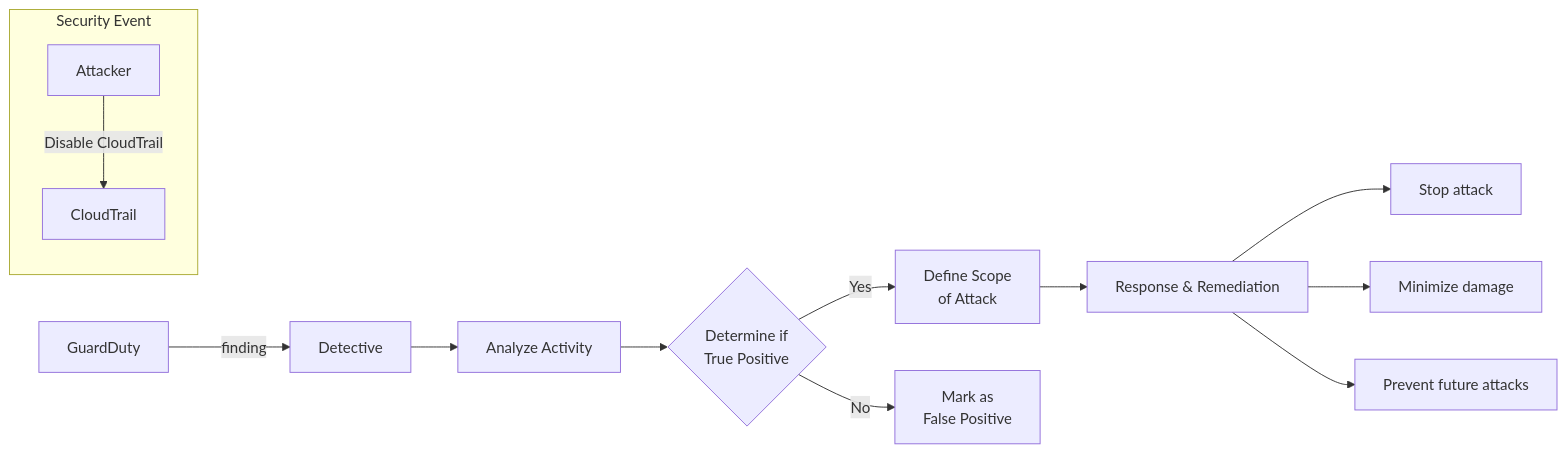
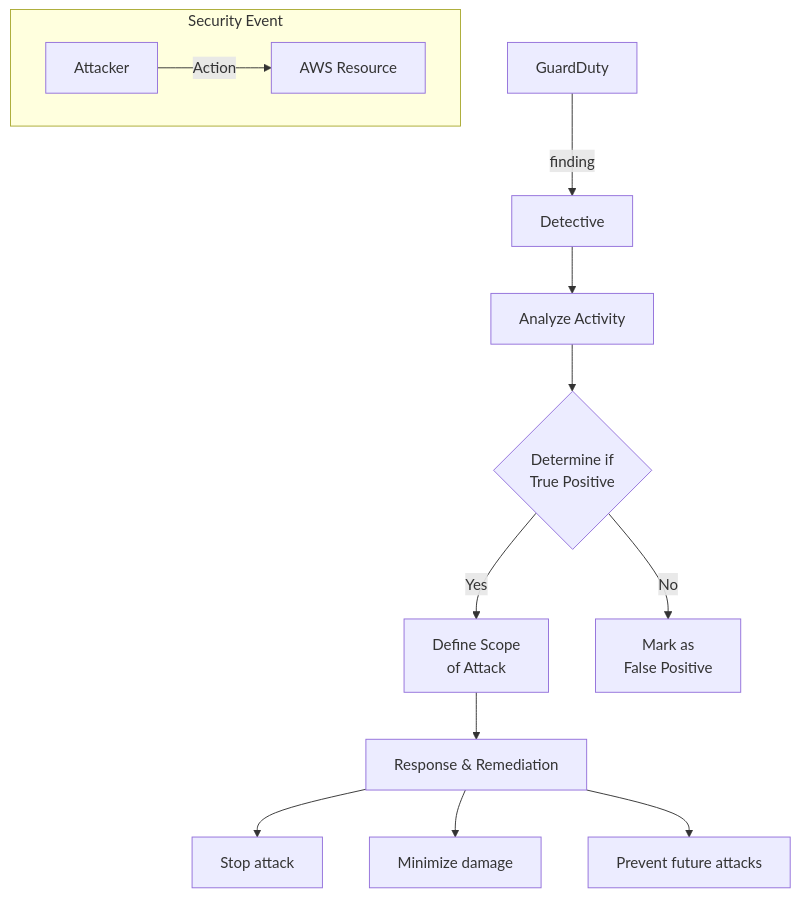
One commit to Root-Shells/aws_scs_udemy changed the third of 3 diagrams in domain_1_detection/detective.md. Above: the diagram before and after it, drawn with Mermaid. The commit also changed other lines of this file and 3 other files, not shown here.

Commit message:
fixed mermaids

````diff
--- a/domain_1_detection/detective.md
+++ b/domain_1_detection/detective.md
@@ -123,21 +71,21 @@
 ```mermaid
-flowchart LR
-    subgraph Attack [Security Event]
-        Attacker["Attacker"] -->|"Disable CloudTrail"| CT["CloudTrail"]
+flowchart TD
+    subgraph Event ["Security Event"]
+        Attacker["Attacker"] -->|"Action"| Resource["AWS Resource"]
     end
-    
+
     GD["GuardDuty"] -- "finding" --> DT["Detective"]
     
     DT --> Analysis["Analyze Activity"]
     
     Analysis --> Determine{"Determine if<br>True Positive"}
     
     Determine -->|"Yes"| Scope["Define Scope<br>of Attack"]
     Determine -->|"No"| Close["Mark as<br>False Positive"]
     
     Scope --> Actions["Response & Remediation"]
     
     Actions --> Stop["Stop attack"]
     Actions --> Minimize["Minimize damage"]
     Actions --> Prevent["Prevent future attacks"]
 ```
````
